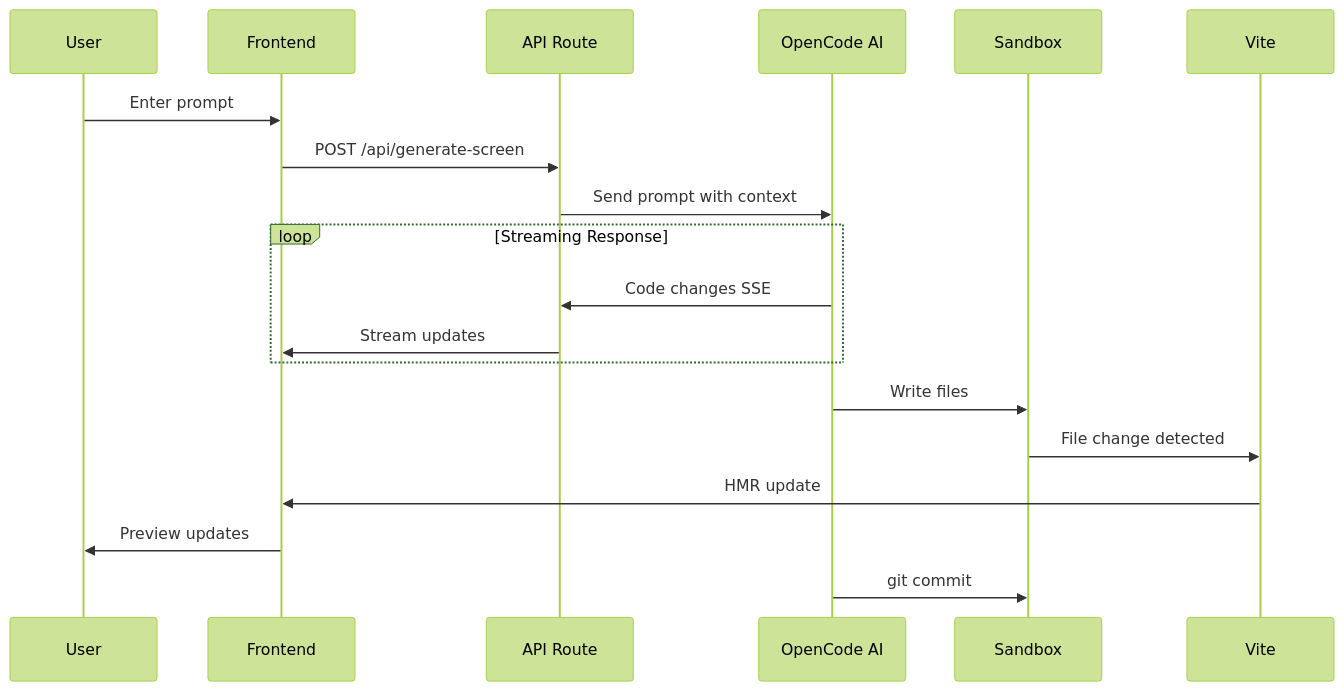
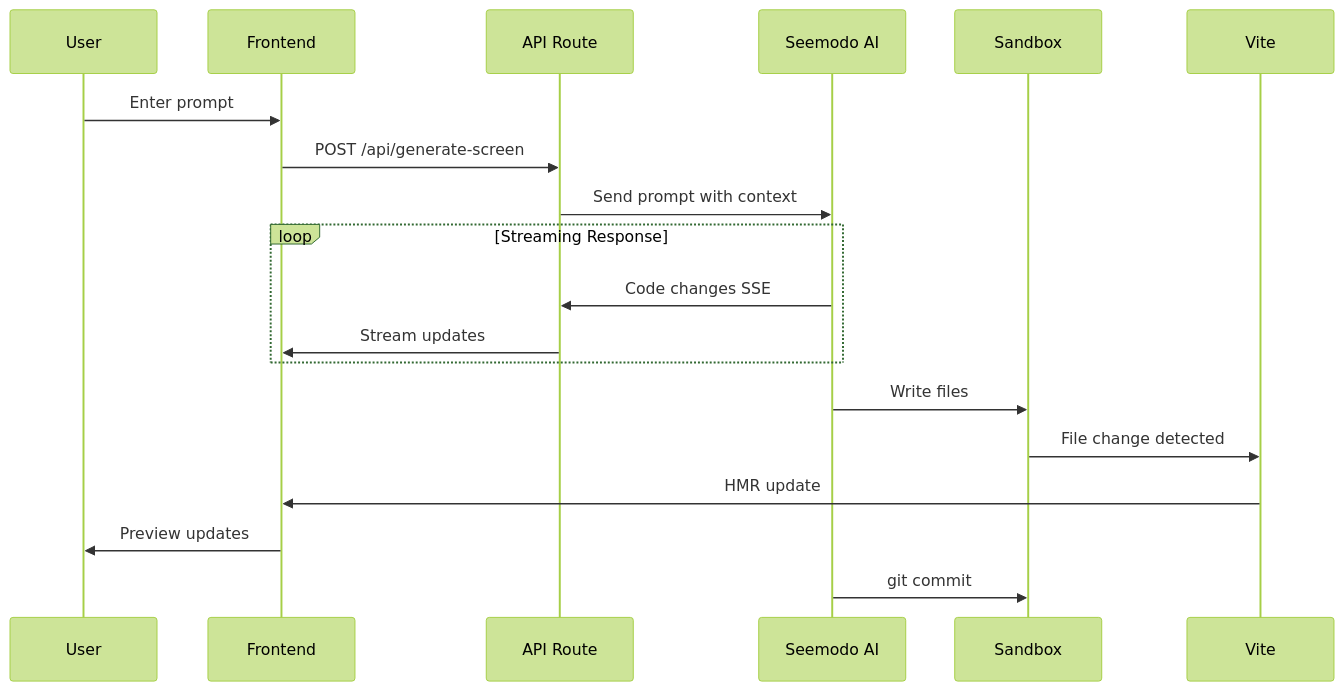
Before and after one commit to Seemodo/docs: the fifth of 7 diagrams in seemodo/architecture.mdx, drawn with Mermaid (forest theme). The commit also changed other lines of this file and 23 other files, not shown here.

Commit message:
Update documentation to replace all instances of "OpenCode" with "Seemodo AI" across multiple files, including AGENTS.md, README.md, and various API reference documents, ensuring consistency with the new branding.

````diff
--- a/seemodo/architecture.mdx
+++ b/seemodo/architecture.mdx
@@ -185,25 +185,25 @@
 ```mermaid
 sequenceDiagram
     participant User
     participant Frontend
     participant API as API Route
-    participant OpenCode as OpenCode AI
+    participant SeemodAI as Seemodo AI
     participant Sandbox
     participant Vite
 
     User->>Frontend: Enter prompt
     Frontend->>API: POST /api/generate-screen
-    API->>OpenCode: Send prompt with context
+    API->>SeemodAI: Send prompt with context
     
     loop Streaming Response
-        OpenCode->>API: Code changes SSE
+        SeemodAI->>API: Code changes SSE
         API->>Frontend: Stream updates
     end
     
-    OpenCode->>Sandbox: Write files
+    SeemodAI->>Sandbox: Write files
     Sandbox->>Vite: File change detected
     Vite->>Frontend: HMR update
     Frontend->>User: Preview updates
     
-    OpenCode->>Sandbox: git commit
+    SeemodAI->>Sandbox: git commit
 ```
````
